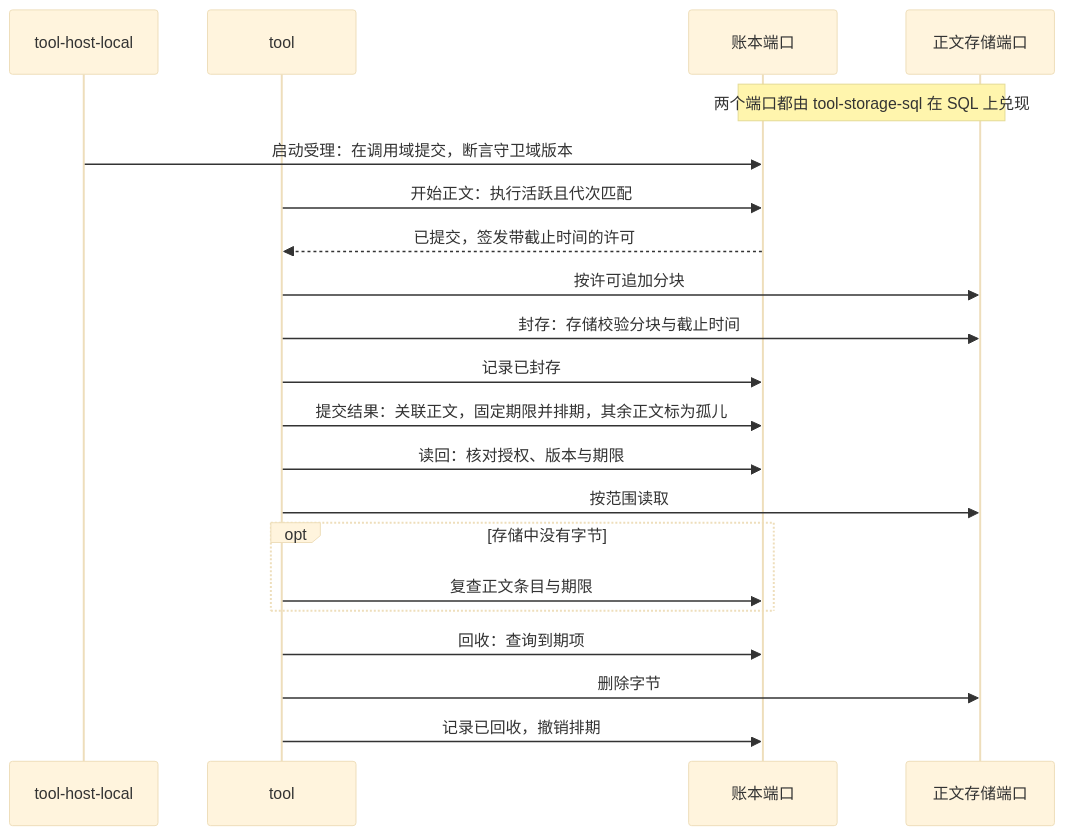
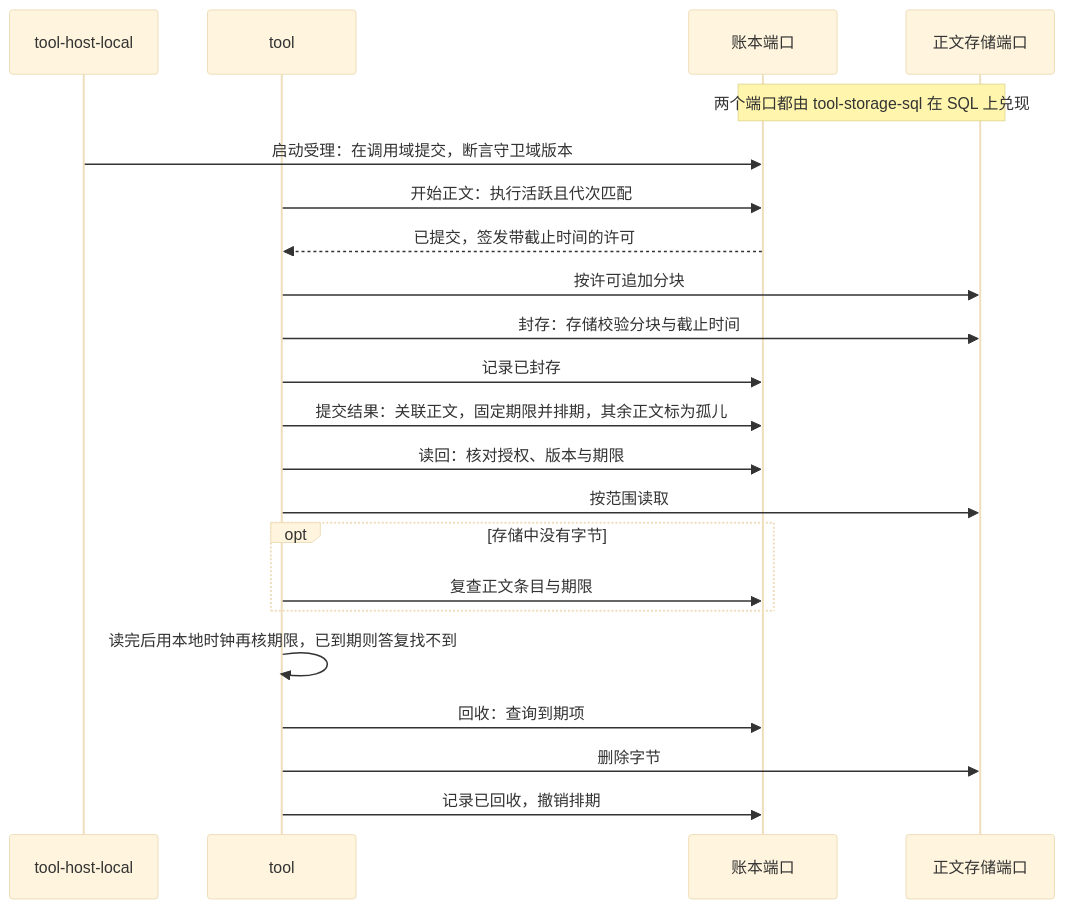
The third of 3 diagrams in packages/tool/docs/architecture.md (nemori-ai/omne-harness-lite), drawn with Mermaid (base theme) before and after one commit. The commit also changed other lines of this file and 29 other files, not shown here.

````diff
--- a/packages/tool/docs/architecture.md
+++ b/packages/tool/docs/architecture.md
@@ -57,23 +78,24 @@
 ```mermaid
 sequenceDiagram
     participant H as tool-host-local
     participant T as tool
     participant L as 账本端口
     participant S as 正文存储端口
     Note over L,S: 两个端口都由 tool-storage-sql 在 SQL 上兑现
     H->>L: 启动受理：在调用域提交，断言守卫域版本
     T->>L: 开始正文：执行活跃且代次匹配
     L-->>T: 已提交，签发带截止时间的许可
     T->>S: 按许可追加分块
     T->>S: 封存：存储校验分块与截止时间
     T->>L: 记录已封存
     T->>L: 提交结果：关联正文，固定期限并排期，其余正文标为孤儿
     T->>L: 读回：核对授权、版本与期限
     T->>S: 按范围读取
     opt 存储中没有字节
         T->>L: 复查正文条目与期限
     end
+    T->>T: 读完后用本地时钟再核期限，已到期则答复找不到
     T->>L: 回收：查询到期项
     T->>S: 删除字节
     T->>L: 记录已回收，撤销排期
 ```
````
